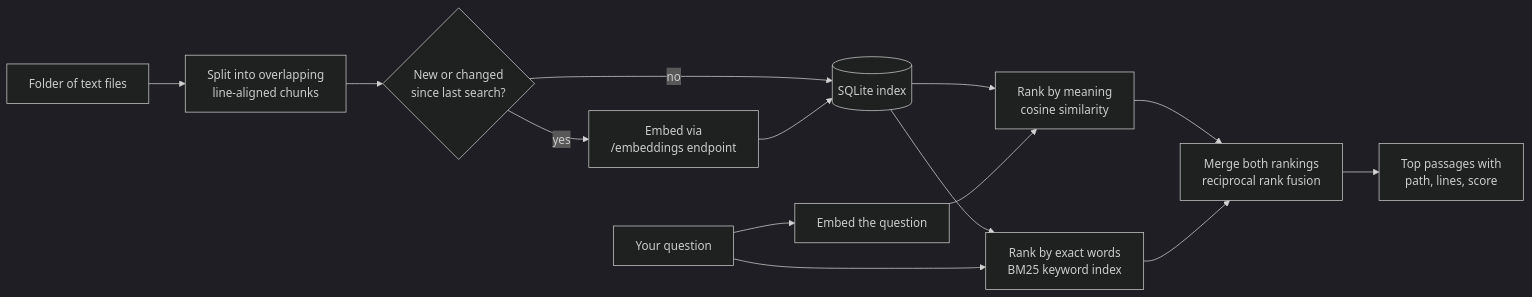
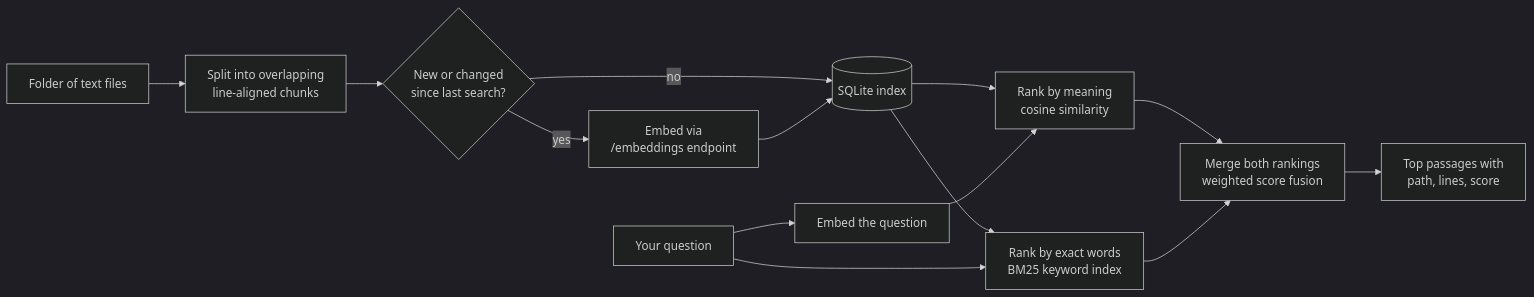
The diagram in README.md (Shizoqua/hermes-scout), drawn with Mermaid (dark theme) before and after one commit. The commit also changed other lines of this file and 4 other files, not shown here.

First line of the commit message:
Merge hybrid rankings by score, leaning on keywords for code names

````diff
--- a/README.md
+++ b/README.md
@@ -196,16 +196,16 @@
 ```mermaid
 flowchart LR
     A[Folder of text files] --> B[Split into overlapping<br/>line-aligned chunks]
     B --> C{New or changed<br/>since last search?}
     C -- yes --> D[Embed via<br/>/embeddings endpoint]
     C -- no --> E[(SQLite index)]
     D --> E
     Q[Your question] --> F[Embed the question]
     E --> G[Rank by meaning<br/>cosine similarity]
     E --> K[Rank by exact words<br/>BM25 keyword index]
     F --> G
     Q --> K
-    G --> M[Merge both rankings<br/>reciprocal rank fusion]
+    G --> M[Merge both rankings<br/>weighted score fusion]
     K --> M
     M --> R[Top passages with<br/>path, lines, score]
 ```
````
